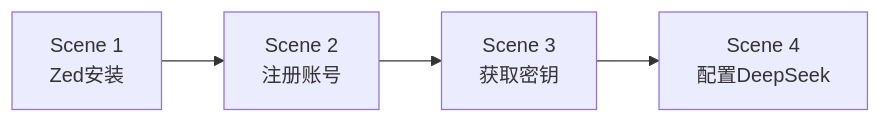
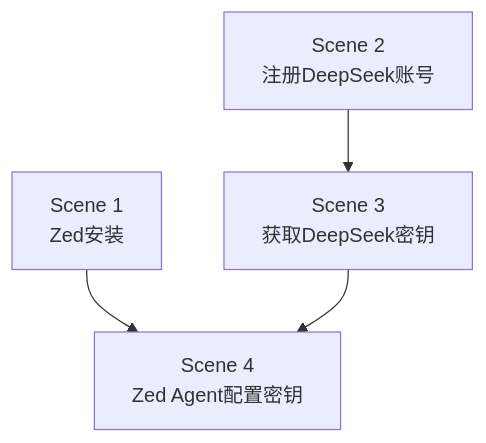
One commit to quanttide/quanttide-profile-of-course-development changed the diagram in vibe-coding/lesson1.md. Above: the diagram before and after it, drawn with Mermaid. The commit also changed other lines of this file, not shown here.

Commit message:
docs(vibe-coding): 细化场景标题，明确 DeepSeek 和 Zed Agent

````diff
--- a/vibe-coding/lesson1.md
+++ b/vibe-coding/lesson1.md
@@ -16,6 +16,8 @@
 ```mermaid
-flowchart LR
-    s1[Scene 1<br>Zed安装] --> s2[Scene 2<br>注册账号]
-    s2 --> s3[Scene 3<br>获取密钥]
-    s3 --> s4[Scene 4<br>配置DeepSeek]
+flowchart TD
+    s1[Scene 1<br>Zed安装]
+    s2[Scene 2<br>注册DeepSeek账号]
+    s2 --> s3[Scene 3<br>获取DeepSeek密钥]
+    s1 --> s4[Scene 4<br>Zed Agent配置密钥]
+    s3 --> s4
 ```
````
